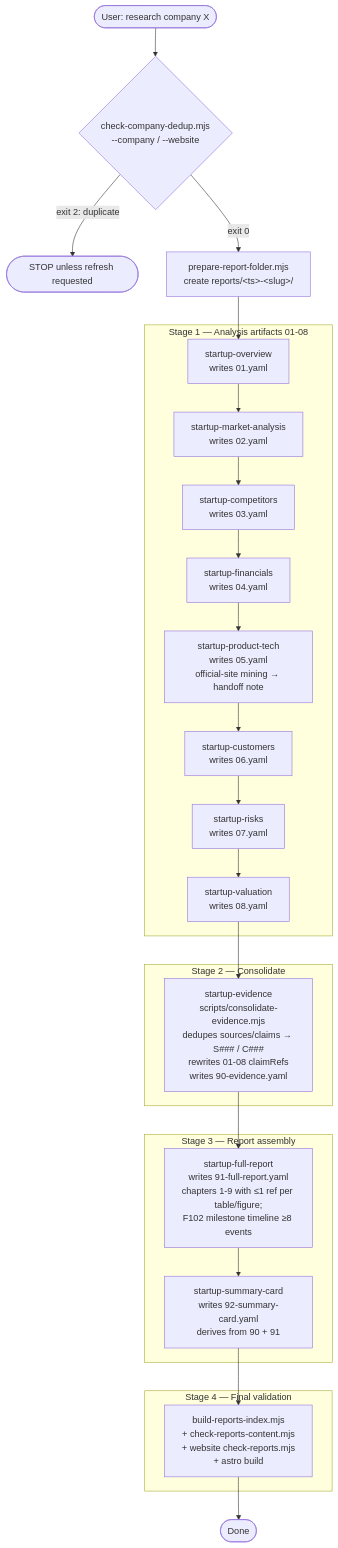
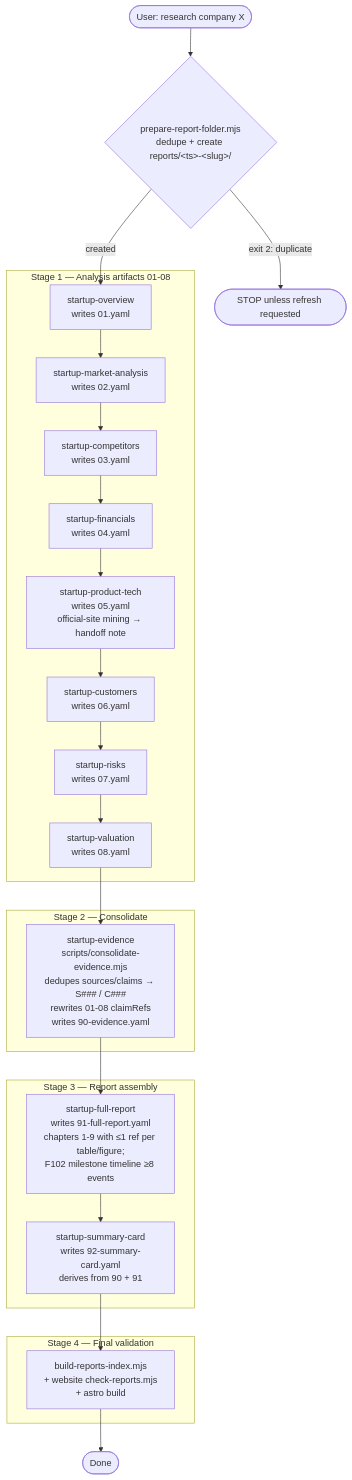
Before and after one commit to huangyingting/startup: the first of 3 diagrams in README.md, drawn with Mermaid. The commit also changed other lines of this file and 21 other files, not shown here.

First line of the commit message:
Remove deprecated scripts and enhance report preparation with duplicate checks

````diff
--- a/README.md
+++ b/README.md
@@ -17,41 +17,40 @@
 ```mermaid
 flowchart TD
-  Start([User: research company X]) --> PreDedup{check-company-dedup.mjs<br/>--company / --website}
-  PreDedup -- exit 2: duplicate --> Stop([STOP unless refresh requested])
-  PreDedup -- exit 0 --> Setup[prepare-report-folder.mjs<br/>create reports/&lt;ts&gt;-&lt;slug&gt;/]
-  Setup --> Snapshot
+  Start([User: research company X]) --> Setup{prepare-report-folder.mjs<br/>dedupe + create reports/&lt;ts&gt;-&lt;slug&gt;/}
+  Setup -- exit 2: duplicate --> Stop([STOP unless refresh requested])
+  Setup -- created --> Snapshot
 
   subgraph Stage1[Stage 1 — Analysis artifacts 01-08]
     Snapshot[startup-overview<br/>writes 01.yaml]
     Snapshot --> Market
 
     Market[startup-market-analysis<br/>writes 02.yaml] --> Compete
     Compete[startup-competitors<br/>writes 03.yaml] --> Fin
     Fin[startup-financials<br/>writes 04.yaml] --> Prod
     Prod[startup-product-tech<br/>writes 05.yaml<br/>official-site mining → handoff note] --> Cust
     Cust[startup-customers<br/>writes 06.yaml] --> Risk
     Risk[startup-risks<br/>writes 07.yaml] --> Val
     Val[startup-valuation<br/>writes 08.yaml]
   end
 
   Val --> Ledger
 
   subgraph Stage2[Stage 2 — Consolidate]
     Ledger[startup-evidence<br/>scripts/consolidate-evidence.mjs<br/>dedupes sources/claims → S### / C###<br/>rewrites 01-08 claimRefs<br/>writes 90-evidence.yaml]
   end
 
   Ledger --> Report
 
   subgraph Stage3[Stage 3 — Report assembly]
     Report[startup-full-report<br/>writes 91-full-report.yaml<br/>chapters 1-9 with ≤1 ref per table/figure;<br/>F102 milestone timeline ≥8 events]
     Report --> Card[startup-summary-card<br/>writes 92-summary-card.yaml<br/>derives from 90 + 91]
   end
 
   Card --> FinalVal
 
   subgraph Stage4[Stage 4 — Final validation]
-    FinalVal[build-reports-index.mjs<br/>+ check-reports-content.mjs<br/>+ website check-reports.mjs<br/>+ astro build]
+    FinalVal[build-reports-index.mjs<br/>+ website check-reports.mjs<br/>+ astro build]
   end
 
   FinalVal --> End([Done])
 ```
````
